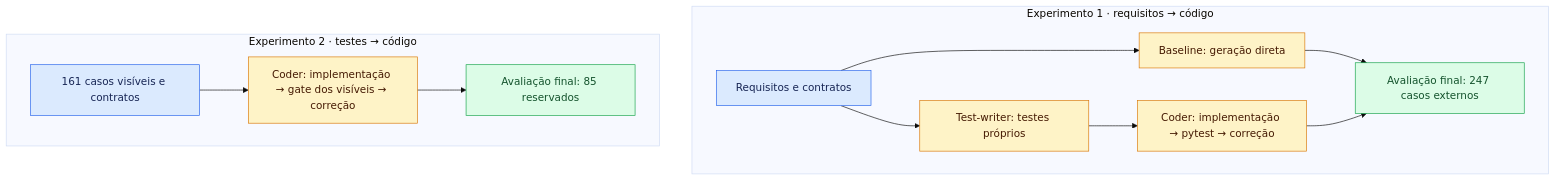
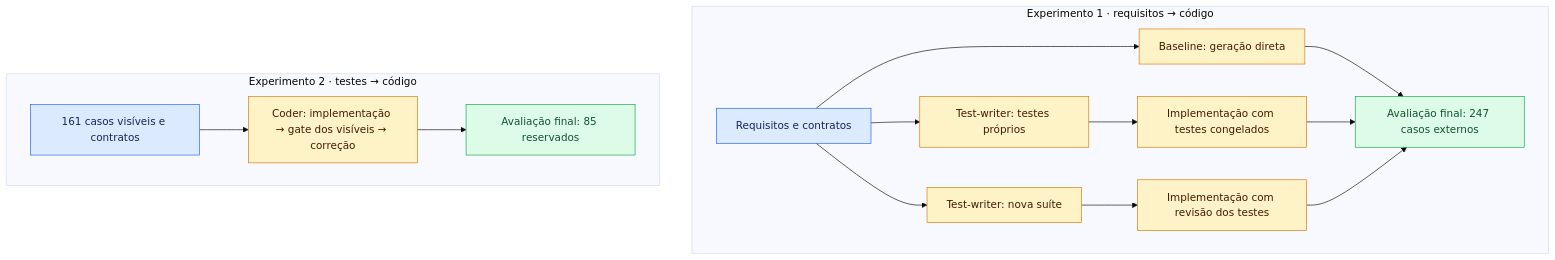
Before and after one commit to Educg550/tcc: the diagram in docs/metodologia.md, drawn with Mermaid (base theme). The commit also changed other lines of this file and 1 other file, not shown here.

Commit message:
Atualiza intro e metodologia com TDD com revisão e rodada com feedback

````diff
--- a/docs/metodologia.md
+++ b/docs/metodologia.md
@@ -128,20 +129,23 @@
 ```mermaid
 flowchart TB
     subgraph E1["Experimento 1 · requisitos → código"]
         R["Requisitos e contratos"] --> B["Baseline: geração direta"]
         R --> T["Test-writer: testes próprios"]
-        T --> C["Coder: implementação → pytest → correção"]
+        T --> C["Implementação com testes congelados"]
+        R --> U["Test-writer: nova suíte"]
+        U --> P["Implementação com revisão dos testes"]
         B --> G["Avaliação final: 247 casos externos"]
         C --> G
+        P --> G
     end
     subgraph E2["Experimento 2 · testes → código"]
         V["161 casos visíveis e contratos"] --> W["Coder: implementação → gate dos visíveis → correção"]
         W --> H["Avaliação final: 85 reservados"]
     end
     classDef entrada fill:#dbeafe,stroke:#2563eb,color:#172554
     classDef geracao fill:#fef3c7,stroke:#d97706,color:#451a03
     classDef avaliacao fill:#dcfce7,stroke:#16a34a,color:#14532d
     class R,V entrada
-    class B,T,C,W geracao
+    class B,T,C,U,P,W geracao
     class G,H avaliacao
 ```
````
